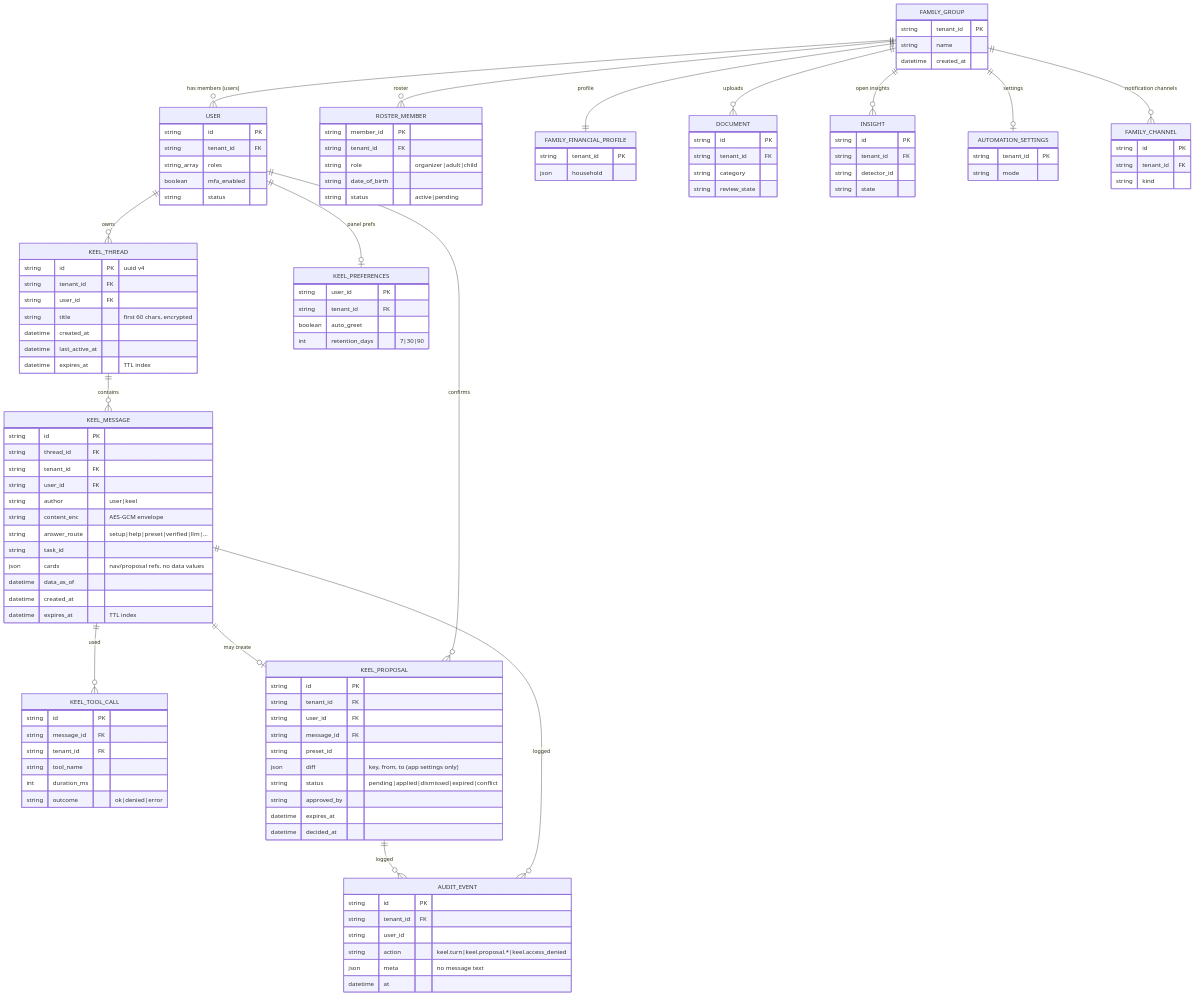
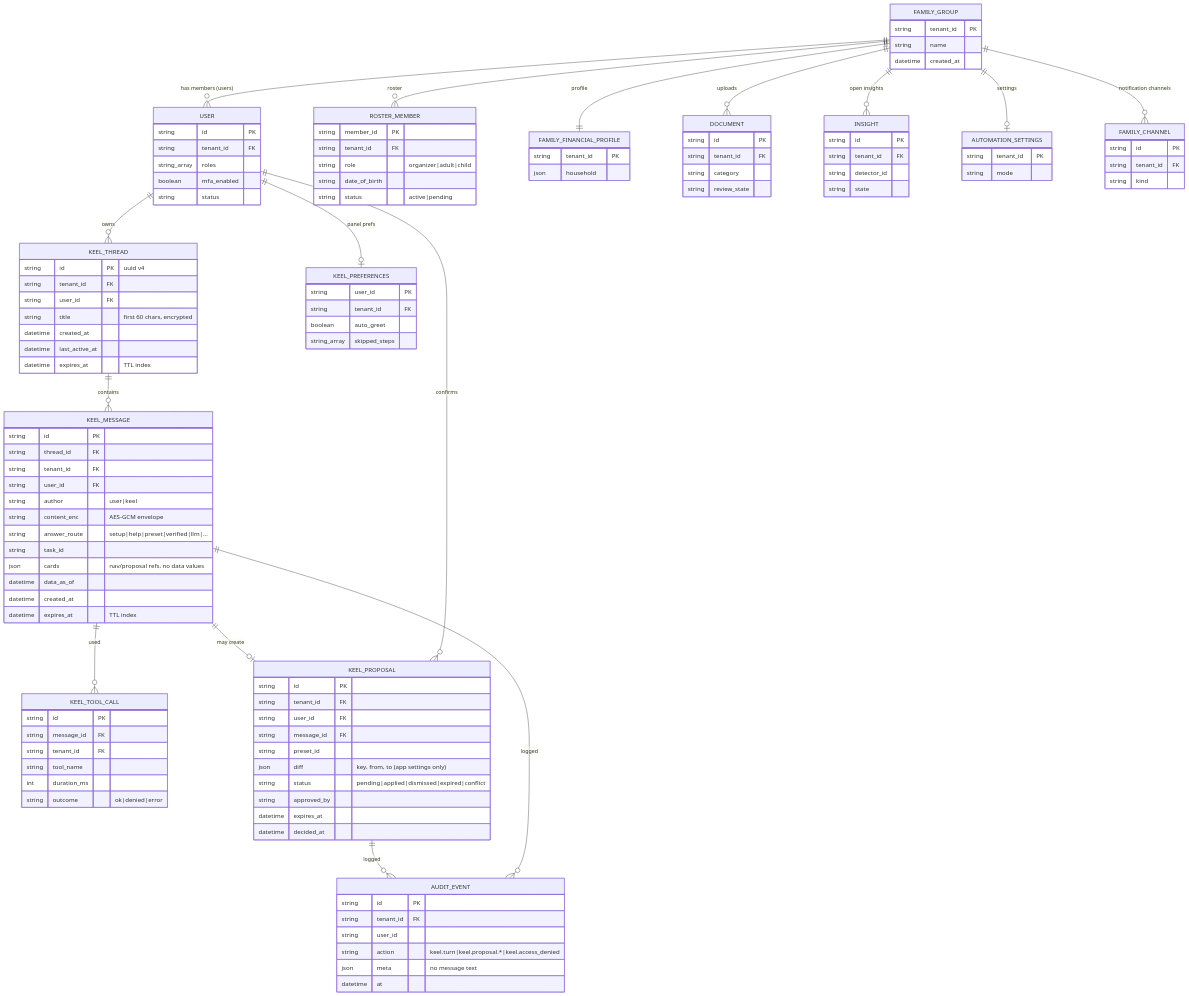
One commit to balureddy003/LifeKeel changed diagram 15 of 17 in AI_AGENT_INLINE_CHATBOX.md. Above: the diagram before and after it, drawn with Mermaid. The commit also changed other lines of this file, not shown here.

```diff
--- a/AI_AGENT_INLINE_CHATBOX.md
+++ b/AI_AGENT_INLINE_CHATBOX.md
@@ -1023,7 +1225,7 @@
     string user_id PK
     string tenant_id FK
     boolean auto_greet
-    int retention_days "7|30|90"
+    string_array skipped_steps
   }
   AUDIT_EVENT {
     string id PK
```
